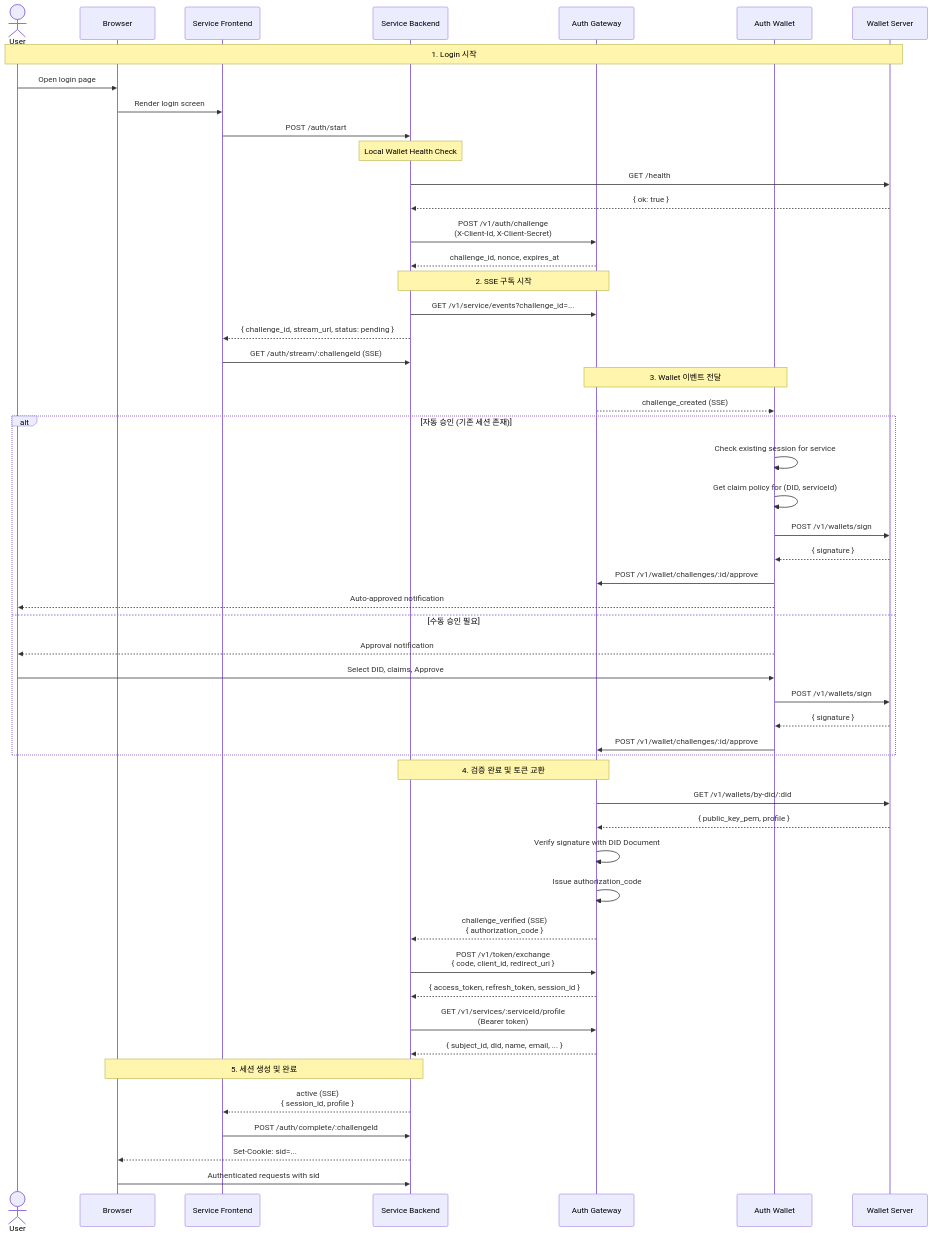
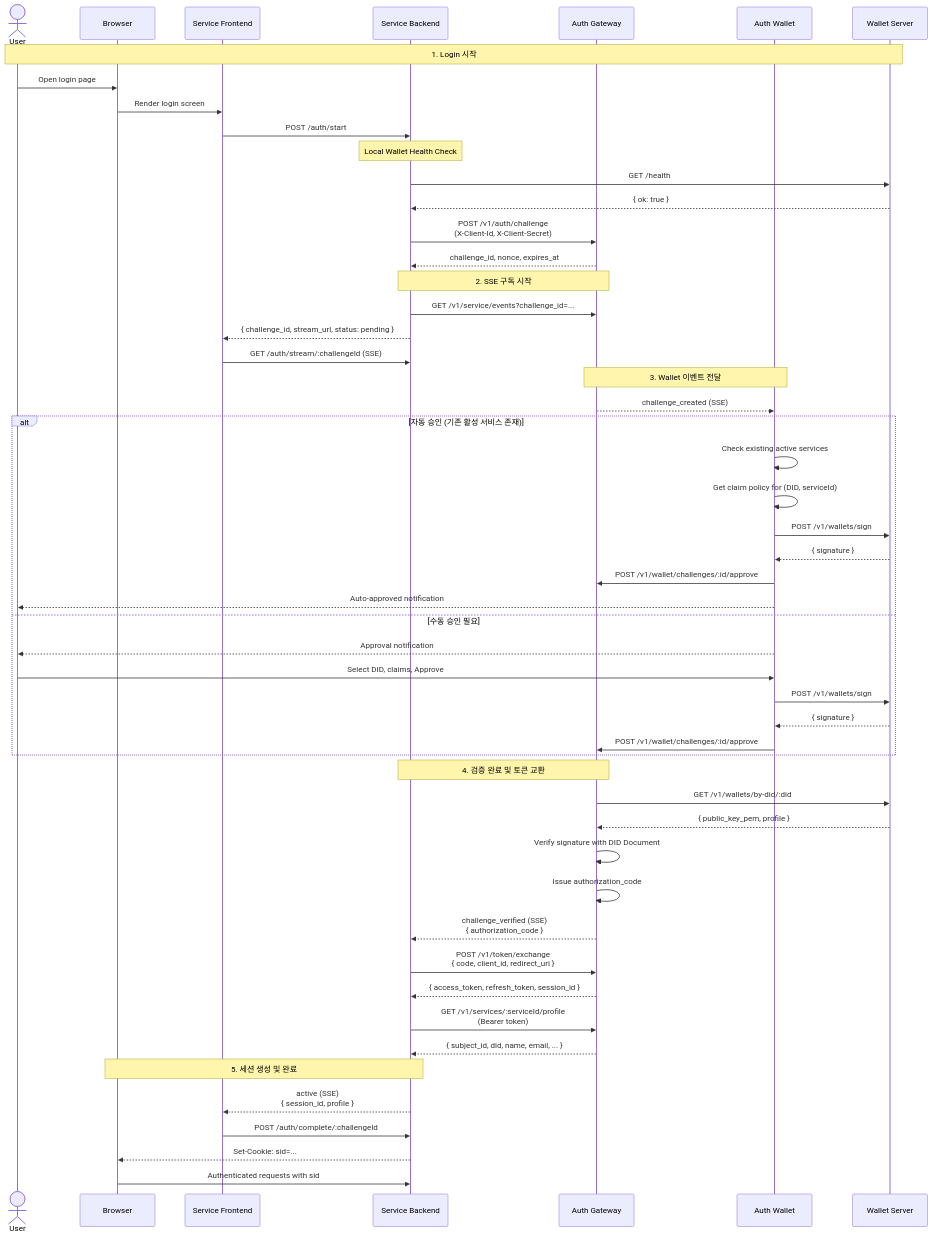
One commit to superwhyun/MiID changed the third of 12 diagrams in ARCHITECTURE.md. Above: the diagram before and after it, drawn with Mermaid. The commit also changed other lines of this file and 1 other file, not shown here.

Commit message:
docs: SQLite/Redis 아키텍처 반영 및 활성 서비스 용어 업데이트

````diff
--- a/ARCHITECTURE.md
+++ b/ARCHITECTURE.md
@@ -72,64 +82,64 @@
 ```mermaid
 sequenceDiagram
     actor User
     participant Browser
     participant Frontend as Service Frontend
     participant Backend as Service Backend
     participant Gateway as Auth Gateway
     participant Wallet as Auth Wallet
     participant WalletServer as Wallet Server
 
     Note over User,WalletServer: 1. Login 시작
     User->>Browser: Open login page
     Browser->>Frontend: Render login screen
     Frontend->>Backend: POST /auth/start
 
     Note over Backend: Local Wallet Health Check
     Backend->>WalletServer: GET /health
     WalletServer-->>Backend: { ok: true }
 
     Backend->>Gateway: POST /v1/auth/challenge<br/>(X-Client-Id, X-Client-Secret)
     Gateway-->>Backend: challenge_id, nonce, expires_at
 
     Note over Backend,Gateway: 2. SSE 구독 시작
     Backend->>Gateway: GET /v1/service/events?challenge_id=...
     Backend-->>Frontend: { challenge_id, stream_url, status: pending }
     Frontend->>Backend: GET /auth/stream/:challengeId (SSE)
 
     Note over Gateway,Wallet: 3. Wallet 이벤트 전달
     Gateway-->>Wallet: challenge_created (SSE)
 
-    alt 자동 승인 (기존 세션 존재)
-        Wallet->>Wallet: Check existing session for service
+    alt 자동 승인 (기존 활성 서비스 존재)
+        Wallet->>Wallet: Check existing active services
         Wallet->>Wallet: Get claim policy for (DID, serviceId)
         Wallet->>WalletServer: POST /v1/wallets/sign
         WalletServer-->>Wallet: { signature }
         Wallet->>Gateway: POST /v1/wallet/challenges/:id/approve
         Wallet-->>User: Auto-approved notification
     else 수동 승인 필요
         Wallet-->>User: Approval notification
         User->>Wallet: Select DID, claims, Approve
         Wallet->>WalletServer: POST /v1/wallets/sign
         WalletServer-->>Wallet: { signature }
         Wallet->>Gateway: POST /v1/wallet/challenges/:id/approve
     end
 
     Note over Gateway,Backend: 4. 검증 완료 및 토큰 교환
     Gateway->>WalletServer: GET /v1/wallets/by-did/:did
     WalletServer-->>Gateway: { public_key_pem, profile }
     Gateway->>Gateway: Verify signature with DID Document
     Gateway->>Gateway: Issue authorization_code
     Gateway-->>Backend: challenge_verified (SSE)<br/>{ authorization_code }
 
     Backend->>Gateway: POST /v1/token/exchange<br/>{ code, client_id, redirect_uri }
     Gateway-->>Backend: { access_token, refresh_token, session_id }
 
     Backend->>Gateway: GET /v1/services/:serviceId/profile<br/>(Bearer token)
     Gateway-->>Backend: { subject_id, did, name, email, ... }
 
     Note over Backend,Browser: 5. 세션 생성 및 완료
     Backend-->>Frontend: active (SSE)<br/>{ session_id, profile }
     Frontend->>Backend: POST /auth/complete/:challengeId
     Backend-->>Browser: Set-Cookie: sid=...
     Browser->>Backend: Authenticated requests with sid
 ```
````
